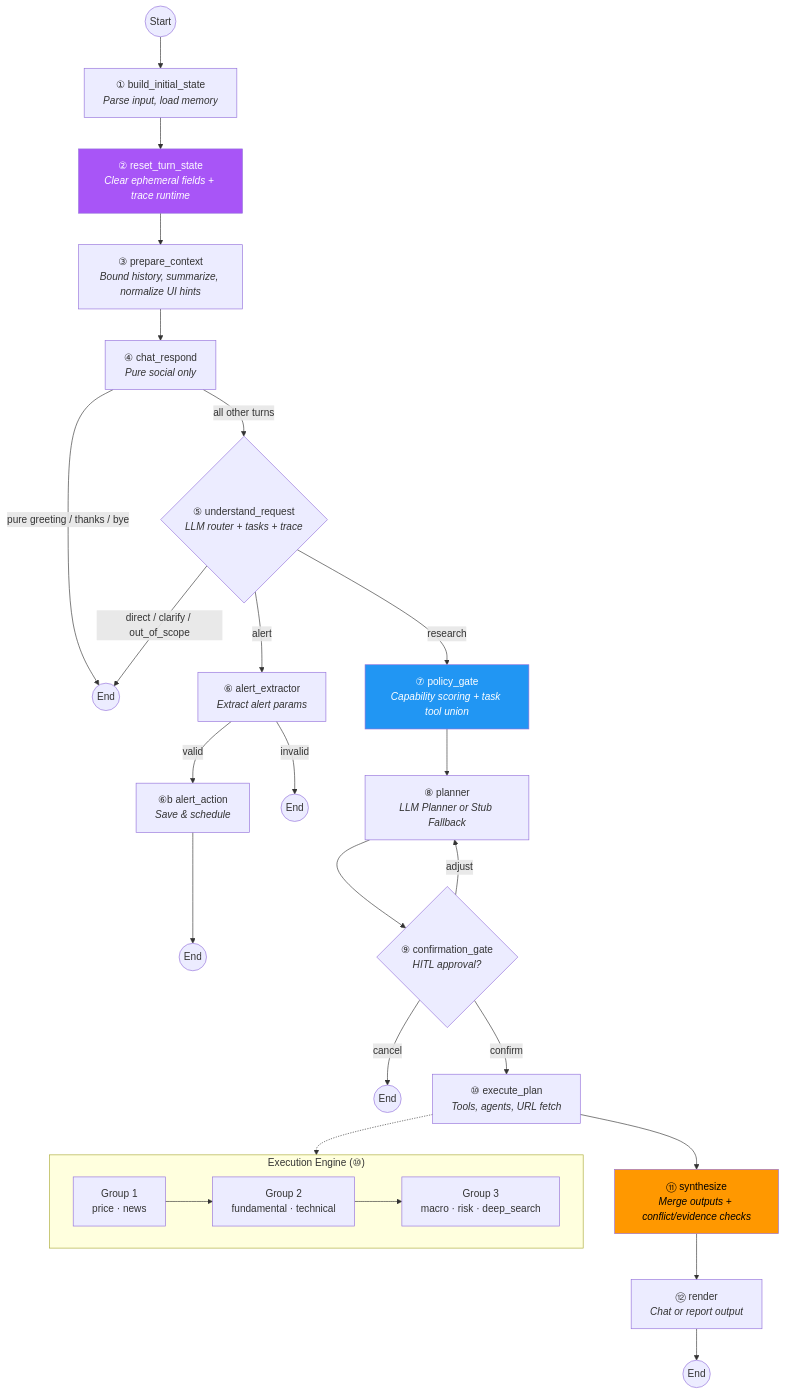
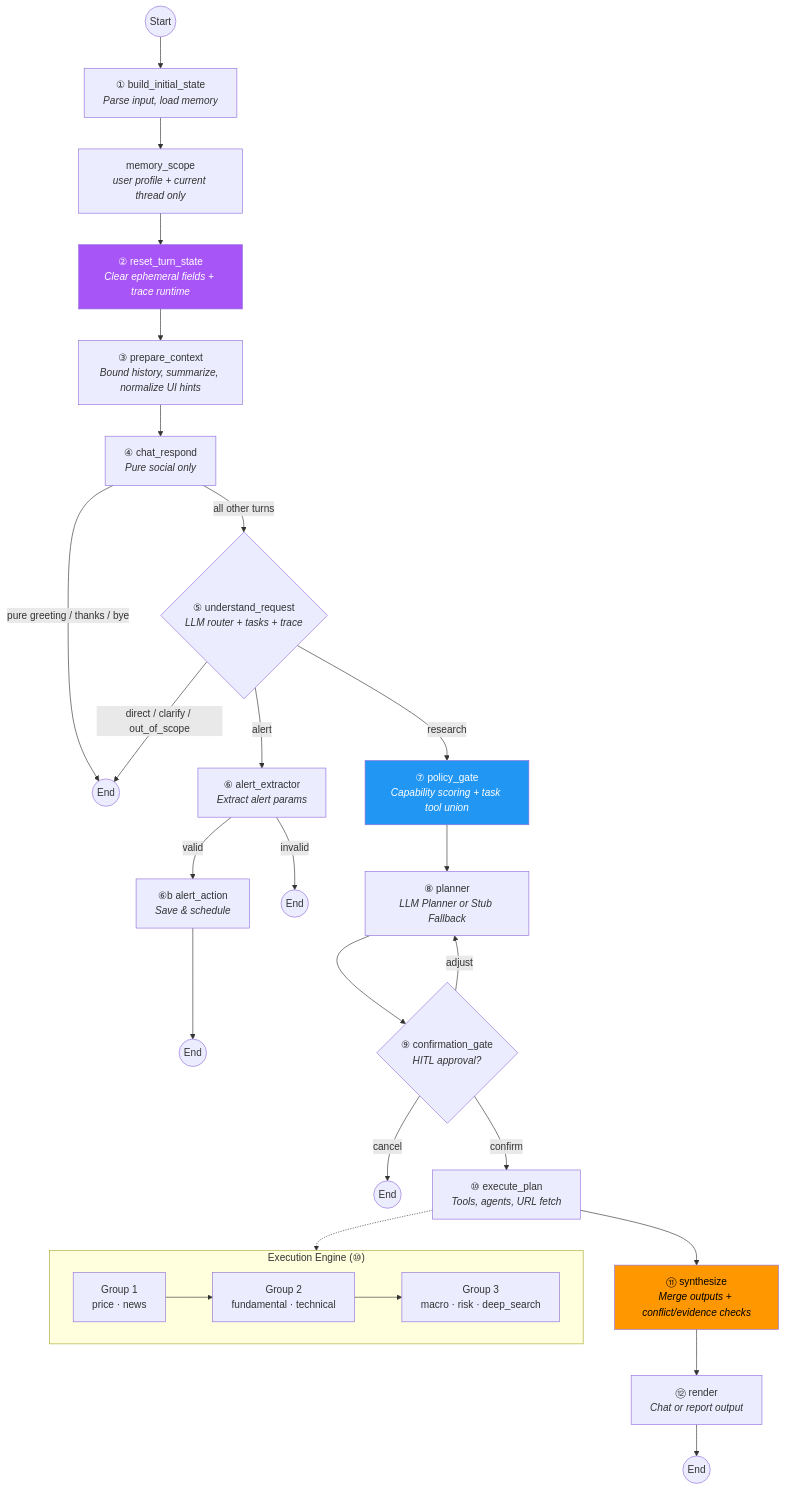
Before and after one commit to kkkano/FinSight: the second of 7 diagrams in README.md, drawn with Mermaid. The commit also changed other lines of this file and 34 other files, not shown here.

````diff
--- a/README.md
+++ b/README.md
@@ -269,38 +277,39 @@
 ```mermaid
 flowchart TD
     START((Start)) --> INIT["① build_initial_state<br/><i>Parse input, load memory</i>"]
-    INIT --> RESET["② reset_turn_state<br/><i>Clear ephemeral fields + trace runtime</i>"]
+    INIT --> MEMSCOPE["memory_scope<br/><i>user profile + current thread only</i>"]
+    MEMSCOPE --> RESET["② reset_turn_state<br/><i>Clear ephemeral fields + trace runtime</i>"]
     RESET --> PREPARE["③ prepare_context<br/><i>Bound history, summarize, normalize UI hints</i>"]
     PREPARE --> CHATRESP["④ chat_respond<br/><i>Pure social only</i>"]
     CHATRESP -->|"pure greeting / thanks / bye"| END_CHAT((End))
     CHATRESP -->|"all other turns"| UNDERSTAND{"⑤ understand_request<br/><i>LLM router + tasks + trace</i>"}
 
     UNDERSTAND -->|"direct / clarify / out_of_scope"| END_CHAT
     UNDERSTAND -->|"alert"| ALERT_EX["⑥ alert_extractor<br/><i>Extract alert params</i>"]
     ALERT_EX -->|"valid"| ALERT_ACT["⑥b alert_action<br/><i>Save & schedule</i>"]
     ALERT_EX -->|"invalid"| END_ALERT_INVALID((End))
     ALERT_ACT --> END_ALERT((End))
     UNDERSTAND -->|"research"| POLICY["⑦ policy_gate<br/><i>Capability scoring + task tool union</i>"]
     POLICY --> PLAN["⑧ planner<br/><i>LLM Planner or Stub Fallback</i>"]
 
     PLAN --> CONFIRM{"⑨ confirmation_gate<br/><i>HITL approval?</i>"}
     CONFIRM -->|"cancel"| END_CANCEL((End))
     CONFIRM -->|"adjust"| PLAN
     CONFIRM -->|"confirm"| EXEC["⑩ execute_plan<br/><i>Tools, agents, URL fetch</i>"]
 
     EXEC --> SYNTH["⑪ synthesize<br/><i>Merge outputs + conflict/evidence checks</i>"]
     SYNTH --> RENDER["⑫ render<br/><i>Chat or report output</i>"]
     RENDER --> END((End))
 
     subgraph "Execution Engine (⑩)"
         direction LR
         EG1["Group 1<br/>price · news"] --> EG2["Group 2<br/>fundamental · technical"]
         EG2 --> EG3["Group 3<br/>macro · risk · deep_search"]
     end
 
     EXEC -.-> EG1
 
     style RESET fill:#a855f7,color:#fff
     style SYNTH fill:#ff9800,color:#000
     style POLICY fill:#2196f3,color:#fff
 ```
````
